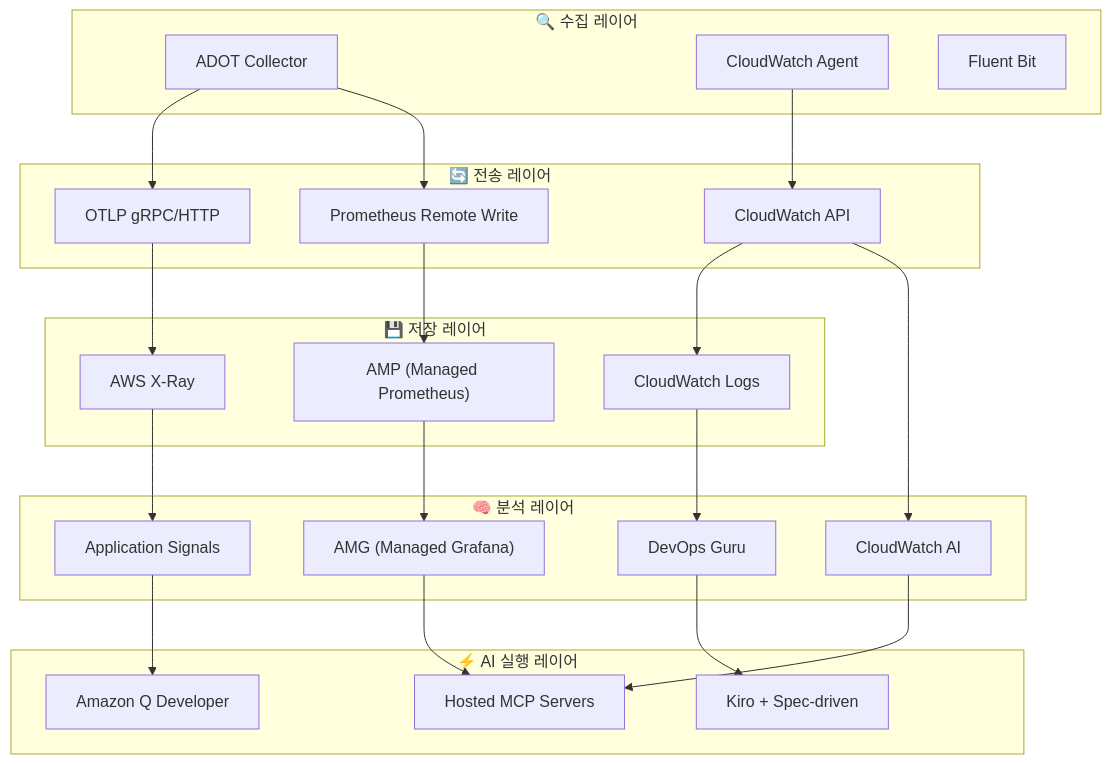
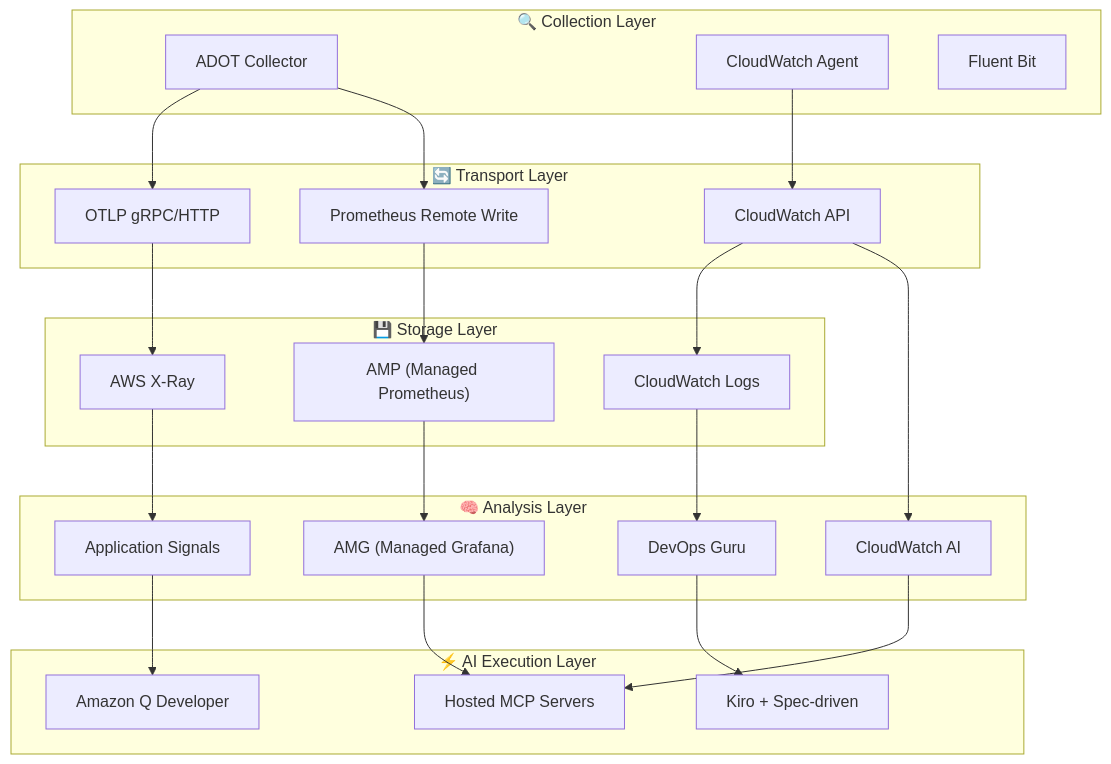
Before and after one commit to devfloor9/engineering-playbook: the first of 3 diagrams in docs/aidlc/operations/observability-stack.md, drawn with Mermaid. The commit also changed other lines of this file and 954 other files, not shown here.

````diff
--- a/docs/aidlc/operations/observability-stack.md
+++ b/docs/aidlc/operations/observability-stack.md
@@ -72,40 +72,40 @@
 ```mermaid
 graph TB
-    subgraph Collection["🔍 수집 레이어"]
+    subgraph Collection["🔍 Collection Layer"]
         ADOT["ADOT Collector"]
         CWAgent["CloudWatch Agent"]
         FluentBit["Fluent Bit"]
     end
 
-    subgraph Transport["🔄 전송 레이어"]
+    subgraph Transport["🔄 Transport Layer"]
         OTLP["OTLP gRPC/HTTP"]
         RemoteWrite["Prometheus Remote Write"]
         CWAPI["CloudWatch API"]
     end
 
-    subgraph Storage["💾 저장 레이어"]
+    subgraph Storage["💾 Storage Layer"]
         AMP["AMP (Managed Prometheus)"]
         CWLogs["CloudWatch Logs"]
         XRay["AWS X-Ray"]
     end
 
-    subgraph Analysis["🧠 분석 레이어"]
+    subgraph Analysis["🧠 Analysis Layer"]
         AMG["AMG (Managed Grafana)"]
         CWAI["CloudWatch AI"]
         DevOpsGuru["DevOps Guru"]
         AppSignals["Application Signals"]
     end
 
-    subgraph Action["⚡ AI 실행 레이어"]
+    subgraph Action["⚡ AI Execution Layer"]
         MCP["Hosted MCP Servers"]
         Kiro["Kiro + Spec-driven"]
         QDev["Amazon Q Developer"]
     end
 
     ADOT --> OTLP --> XRay
     ADOT --> RemoteWrite --> AMP --> AMG --> MCP
     CWAgent --> CWAPI --> CWLogs
     CWAPI --> CWAI --> MCP
     CWLogs --> DevOpsGuru --> Kiro
     XRay --> AppSignals --> QDev
 ```
````
